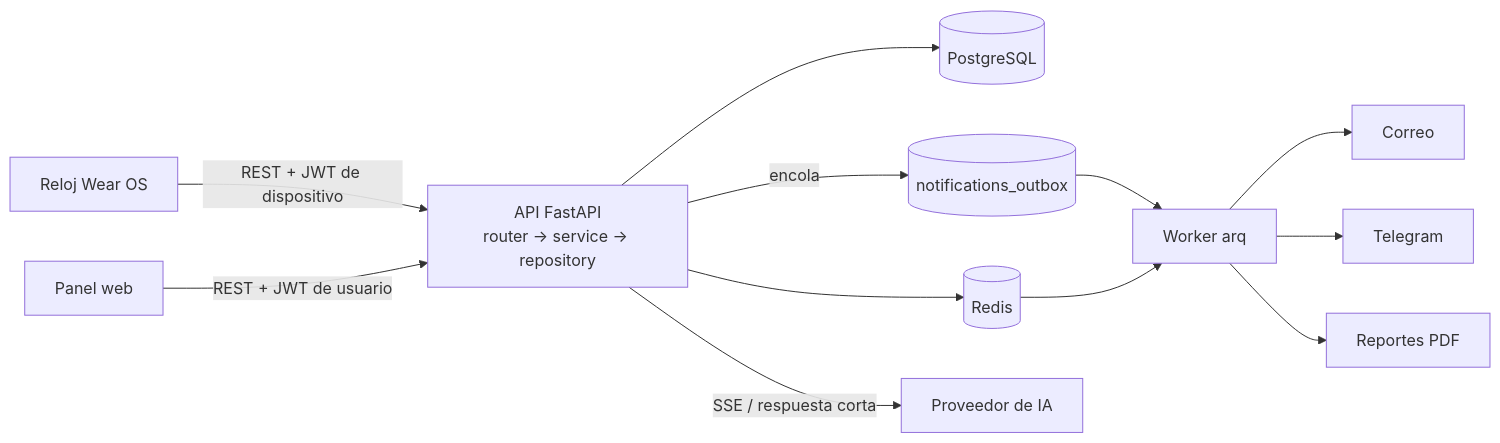
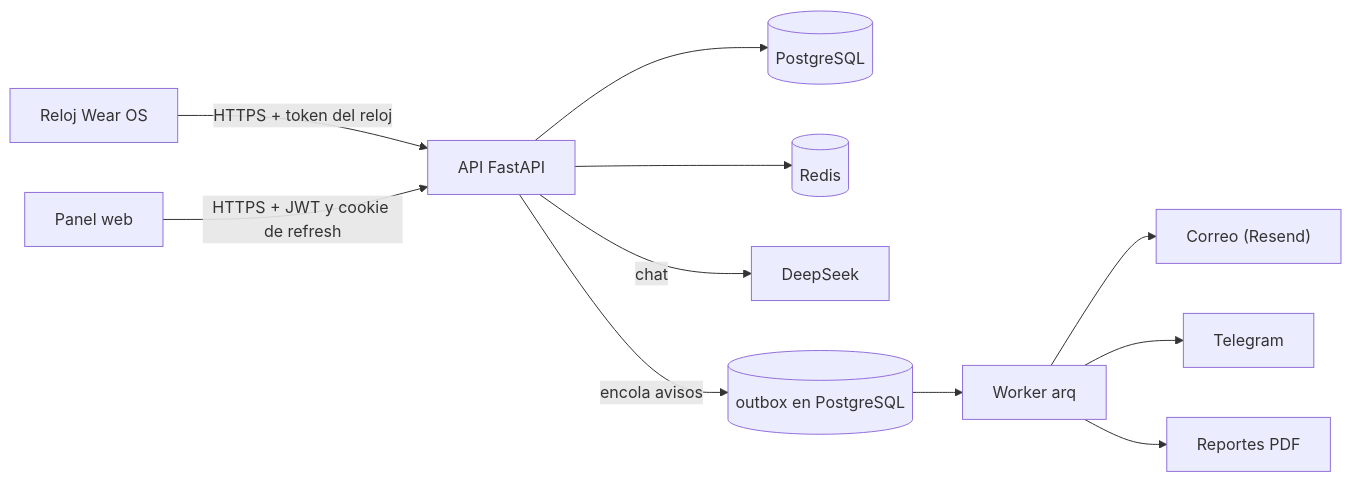
One commit to StehvenObandoUcc/back-smartwatch changed the diagram in README.md. Above: the diagram before and after it, drawn with Mermaid. The commit also changed other lines of this file, not shown here.

````diff
--- a/README.md
+++ b/README.md
@@ -76,14 +40,13 @@
 ```mermaid
 flowchart LR
-    Reloj["Reloj Wear OS"] -->|REST + JWT de dispositivo| API
-    Web["Panel web"] -->|REST + JWT de usuario| API
-    API["API FastAPI<br/>router → service → repository"] --> PG[("PostgreSQL")]
+    Reloj["Reloj Wear OS"] -->|HTTPS + token del reloj| API
+    Web["Panel web"] -->|HTTPS + JWT y cookie de refresh| API
+    API["API FastAPI"] --> PG[("PostgreSQL")]
     API --> RD[("Redis")]
-    API -->|encola| OB[("notifications_outbox")]
+    API -->|chat| IA["DeepSeek"]
+    API -->|encola avisos| OB[("outbox en PostgreSQL")]
     OB --> W["Worker arq"]
-    RD --> W
-    W --> Mail["Correo"]
+    W --> Mail["Correo (Resend)"]
     W --> TG["Telegram"]
     W --> PDF["Reportes PDF"]
-    API -->|SSE / respuesta corta| IA["Proveedor de IA"]
 ```
````
